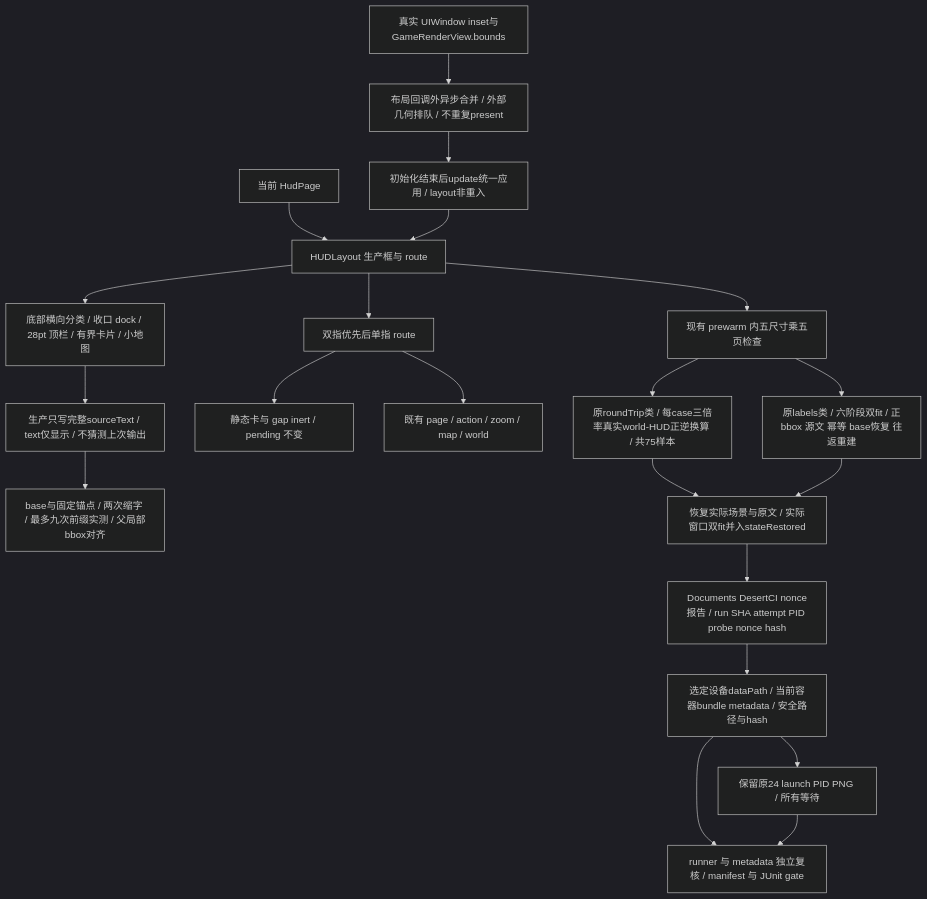
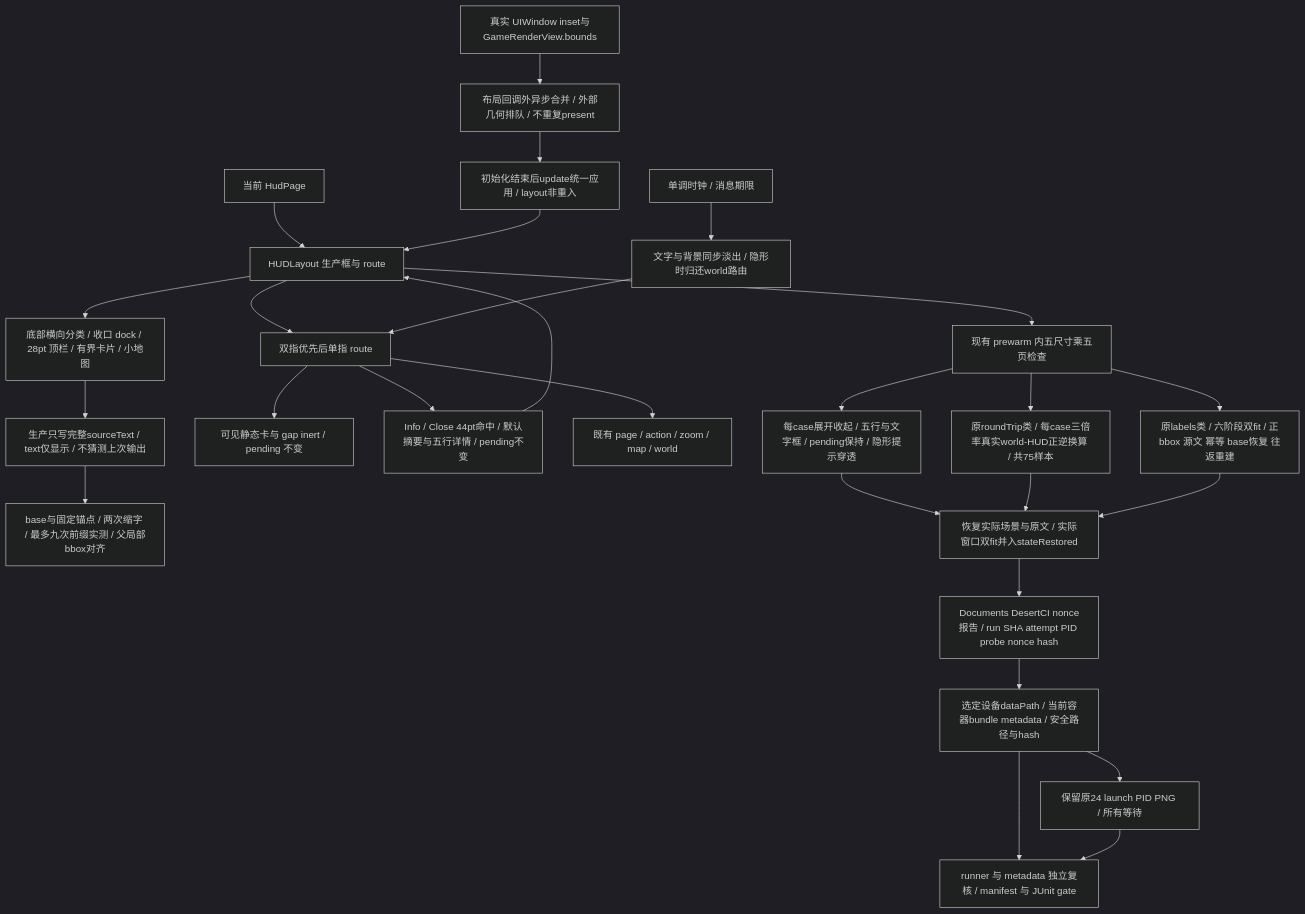
One commit to Altman-sam114/1145 changed the fourth of 10 diagrams in md/flow/flowchart.md. Above: the diagram before and after it, drawn with Mermaid (dark theme). The commit also changed other lines of this file and 8 other files, not shown here.

````diff
--- a/md/flow/flowchart.md
+++ b/md/flow/flowchart.md
@@ -193,23 +193,29 @@
 ```mermaid
 flowchart TD
   Window[真实 UIWindow inset与GameRenderView.bounds] --> Pending[布局回调外异步合并 / 外部几何排队 / 不重复present]
   Pending --> SceneInsets[初始化结束后update统一应用 / layout非重入]
   Page[当前 HudPage] --> Layout[HUDLayout 生产框与 route]
   SceneInsets --> Layout
   Layout --> Draw[底部横向分类 / 收口 dock / 28pt 顶栏 / 有界卡片 / 小地图]
   Draw --> Source[生产只写完整sourceText / text仅显示 / 不猜测上次输出]
   Source --> Fit[base与固定锚点 / 两次缩字 / 最多九次前缀实测 / 父局部bbox对齐]
   Layout --> Touch[双指优先后单指 route]
-  Touch --> Inert[静态卡与 gap inert / pending 不变]
+  Touch --> Inert[可见静态卡与 gap inert / pending 不变]
+  Touch --> Details[Info / Close 44pt命中 / 默认摘要与五行详情 / pending不变]
+  Details --> Layout
+  Clock[单调时钟 / 消息期限] --> Toast[文字与背景同步淡出 / 隐形时归还world路由]
+  Toast --> Touch
   Touch --> Command[既有 page / action / zoom / map / world]
   Layout --> SwiftContract[现有 prewarm 内五尺寸乘五页检查]
   SwiftContract --> LabelAudit[原labels类 / 六阶段双fit / 正bbox 源文 幂等 base恢复 往返重建]
   SwiftContract --> ViewportAudit[原roundTrip类 / 每case三倍率真实world-HUD正逆换算 / 共75样本]
+  SwiftContract --> DisclosureAudit[每case展开收起 / 五行与文字框 / pending保持 / 隐形提示穿透]
+  DisclosureAudit --> Restore
   ViewportAudit --> Restore
   LabelAudit --> Restore[恢复实际场景与原文 / 实际窗口双fit并入stateRestored]
   Restore --> JSON[Documents DesertCI nonce报告 / run SHA attempt PID probe nonce hash]
   JSON --> Read[选定设备dataPath / 当前容器bundle metadata / 安全路径与hash]
   Read --> Gate[runner 与 metadata 独立复核 / manifest 与 JUnit gate]
   Read --> Capture[保留原24 launch PID PNG / 所有等待]
   Capture --> Gate
 ```
````
